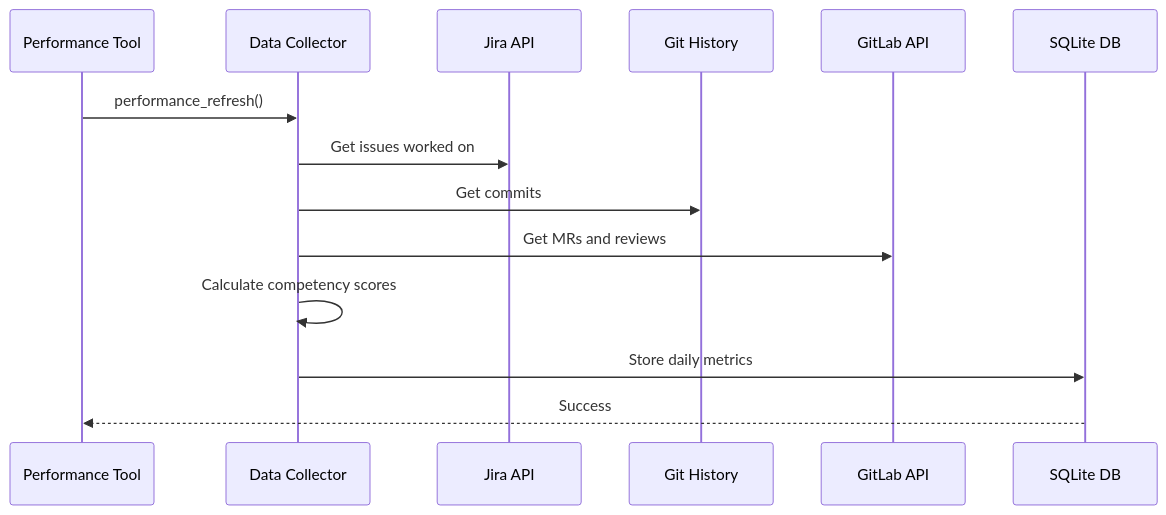
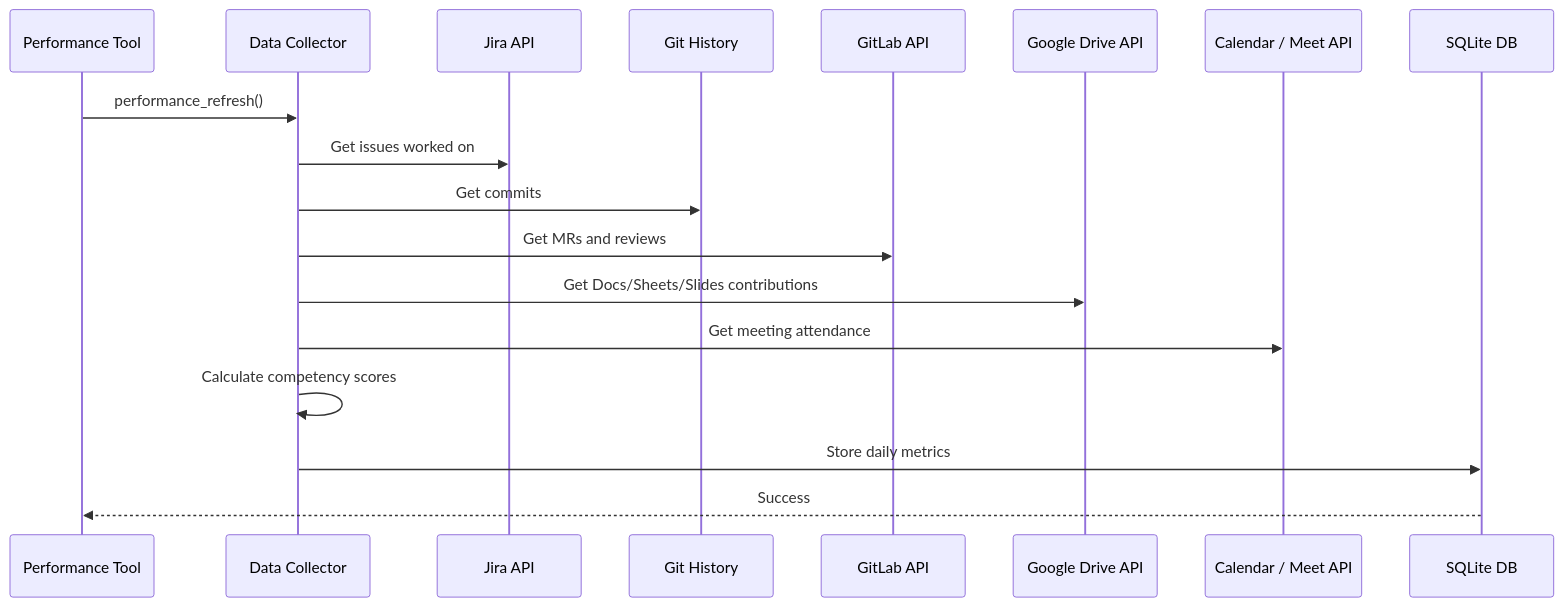
The second of 3 diagrams in docs/architecture/diagrams/03-tools/performance-tools.md (dmzoneill/redhat-ai-workflow), drawn with Mermaid before and after one commit. The commit also changed 75 other files, not shown here.

````diff
--- a/docs/architecture/diagrams/03-tools/performance-tools.md
+++ b/docs/architecture/diagrams/03-tools/performance-tools.md
@@ -42,17 +42,21 @@
 ```mermaid
 sequenceDiagram
     participant Tool as Performance Tool
     participant Collector as Data Collector
     participant Jira as Jira API
     participant Git as Git History
     participant GitLab as GitLab API
+    participant GDrive as Google Drive API
+    participant Cal as Calendar / Meet API
     participant DB as SQLite DB
 
     Tool->>Collector: performance_refresh()
     Collector->>Jira: Get issues worked on
     Collector->>Git: Get commits
     Collector->>GitLab: Get MRs and reviews
+    Collector->>GDrive: Get Docs/Sheets/Slides contributions
+    Collector->>Cal: Get meeting attendance
     Collector->>Collector: Calculate competency scores
     Collector->>DB: Store daily metrics
     DB-->>Tool: Success
 ```
````
